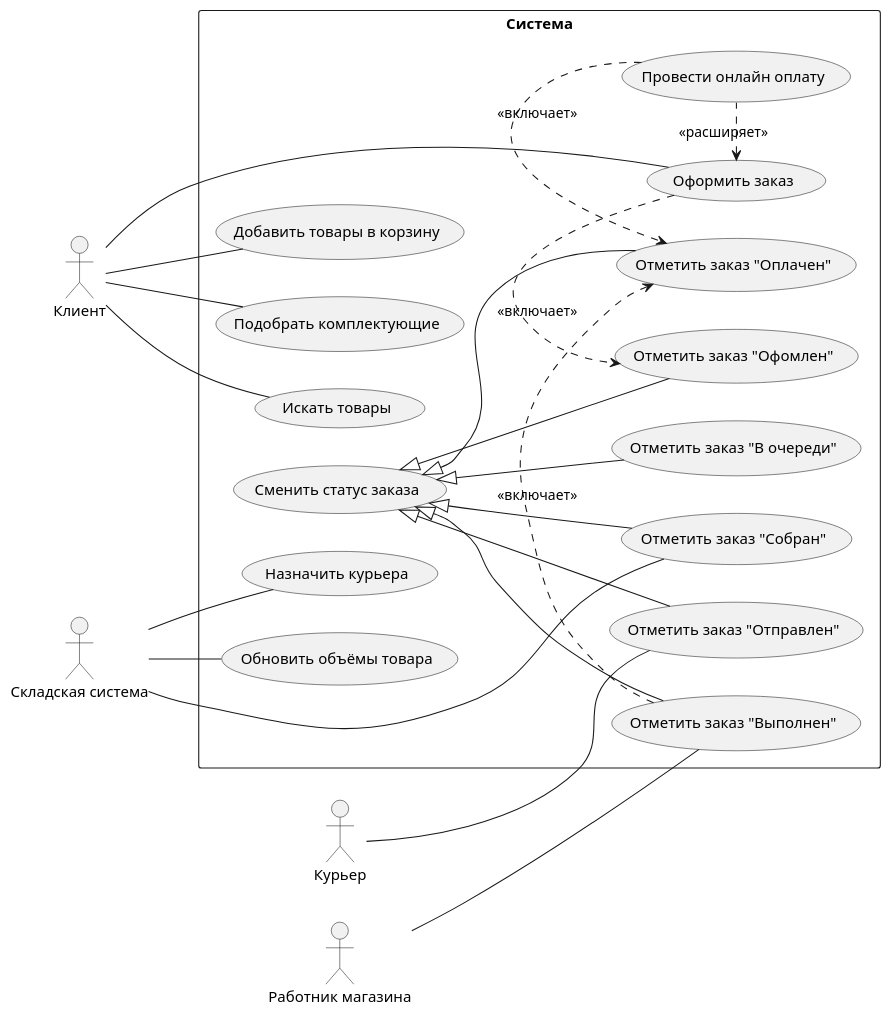
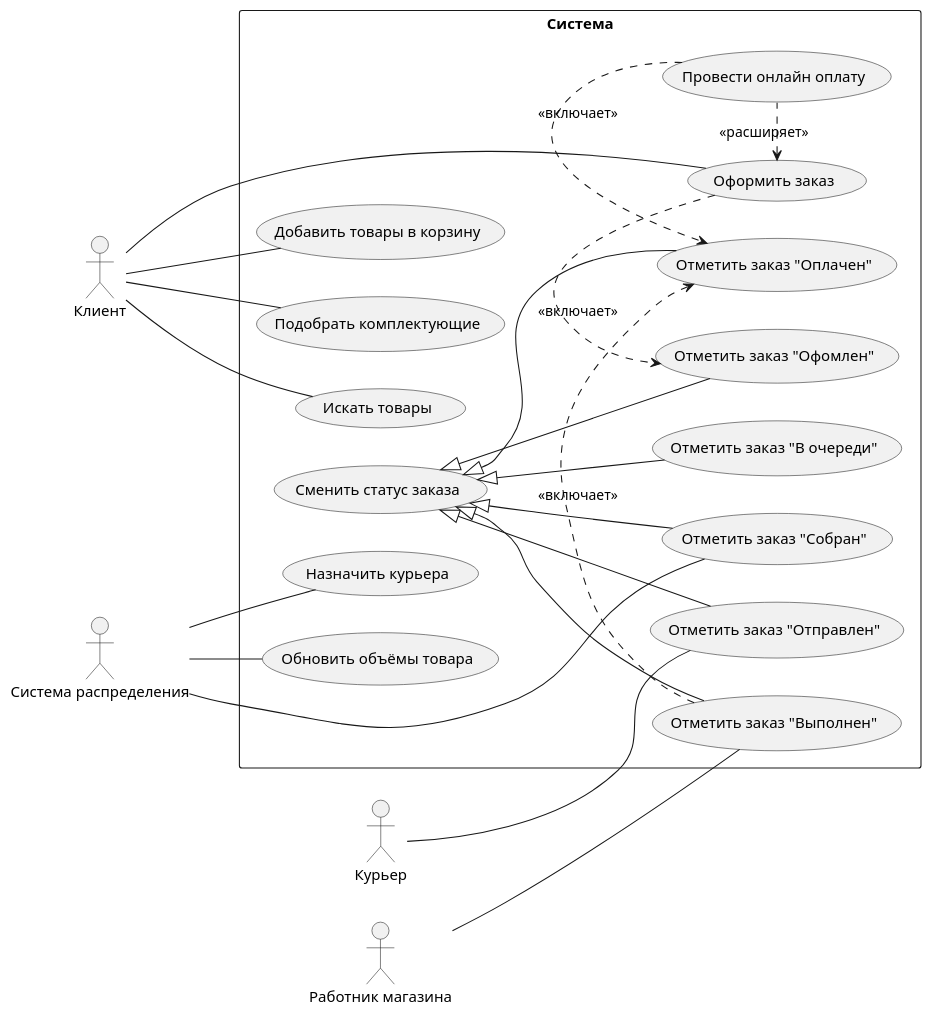
Before and after one commit to Egorkin-enabled/Lab-BOOA: the diagram in puml/lab2/01_usecases.puml, drawn with PlantUML. The commit also changed 3 other files, not shown here.

```diff
--- a/puml/lab2/01_usecases.puml
+++ b/puml/lab2/01_usecases.puml
@@ -1,57 +1,57 @@
 @startuml
 
 left to right direction
 
 "Клиент" as client
 
-"Складская система" as storage
+"Система распределения" as storage
 "Курьер" as cuirer
 "Работник магазина" as salesman
 
 rectangle Система {
     (Искать товары) as do_search
     (Оформить заказ) as do_order
     (Назначить курьера) as do_select_cuirer
     (Обновить объёмы товара) as do_update_counts
     (Сменить статус заказа) as do_state
     (Добавить товары в корзину) as do_basket
     (Подобрать комплектующие) as do_components
 
     (Провести онлайн оплату) as do_pay 
 
     (Отметить заказ "Офомлен") as do_state_registered
     (Отметить заказ "Оплачен") as do_state_prushcased
     (Отметить заказ "В очереди") as do_state_chained
     (Отметить заказ "Собран") as do_state_built
     (Отметить заказ "Отправлен") as do_state_sent
     (Отметить заказ "Выполнен") as do_state_completed
 }
 
 client -- do_search
 client -- do_order
 client -- do_basket
 client -- do_components
 
 storage -- do_select_cuirer
 storage -- do_update_counts
 storage -- do_state_built
 
 cuirer -- do_state_sent
 
 salesman -- do_state_completed
 
 do_order .> do_state_registered: <<включает>>
 do_order <. do_pay: <<расширяет>>
 do_pay .> do_state_prushcased: <<включает>>
 
 do_state_completed .> do_state_prushcased: <<включает>>
 
 do_state <|-- do_state_registered
 do_state <|-- do_state_prushcased
 do_state <|-- do_state_chained
 do_state <|-- do_state_built
 do_state <|-- do_state_sent
 do_state <|-- do_state_completed
 
 
 @enduml
```
